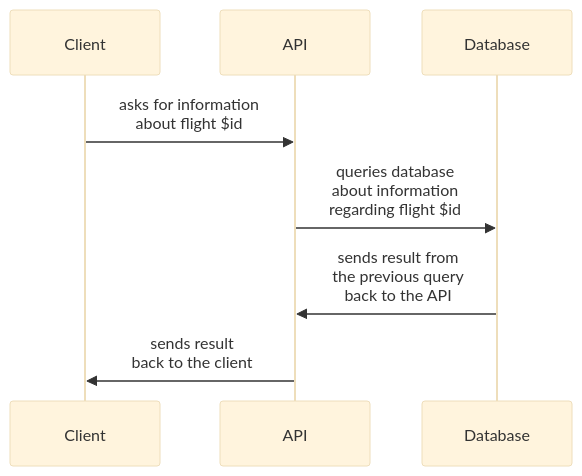
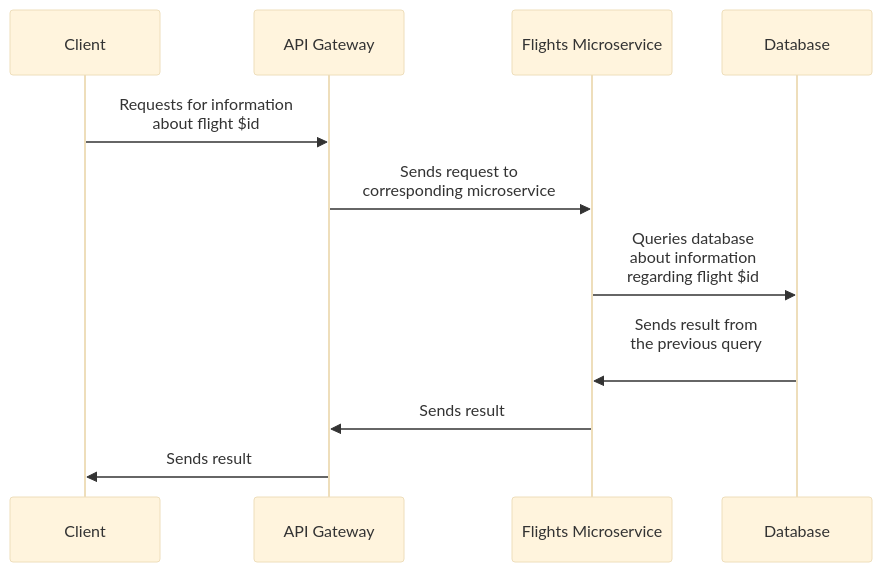
One commit to selous1/FlightsData changed the second of 7 diagrams in proj-information.md. Above: the diagram before and after it, drawn with Mermaid (base theme). The commit also changed other lines of this file, not shown here.

Commit message:
Update use cases - Add microservices to use case diagrams - Update certain endpoints - Remove redundancy

````diff
--- a/proj-information.md
+++ b/proj-information.md
@@ -158,10 +44,12 @@
 ```mermaid
 
 sequenceDiagram
 
-  Client->>API: asks for information <br> about flight $id
-	API->>Database: queries database <br> about information <br> regarding flight $id
-	Database->>API: sends result from <br> the previous query <br> back to the API
-  API->>Client: sends result <br> back to the client
+  Client->>API Gateway: Requests for information <br> about flight $id
+  API Gateway->>Flights Microservice: Sends request to <br> corresponding microservice
+	Flights Microservice->>Database: Queries database <br> about information <br> regarding flight $id
+  Database->>Flights Microservice: Sends result from <br> the previous query <br>
+	Flights Microservice->>API Gateway: Sends result
+  API Gateway->>Client: Sends result
 
 ```
````
